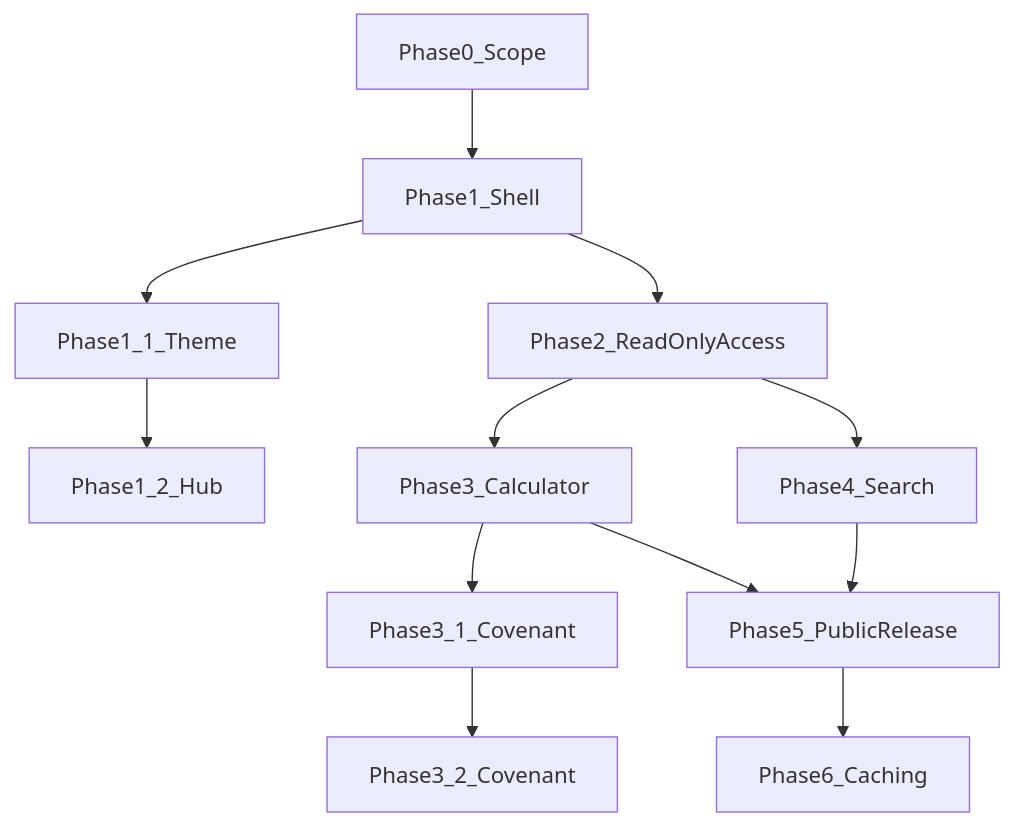
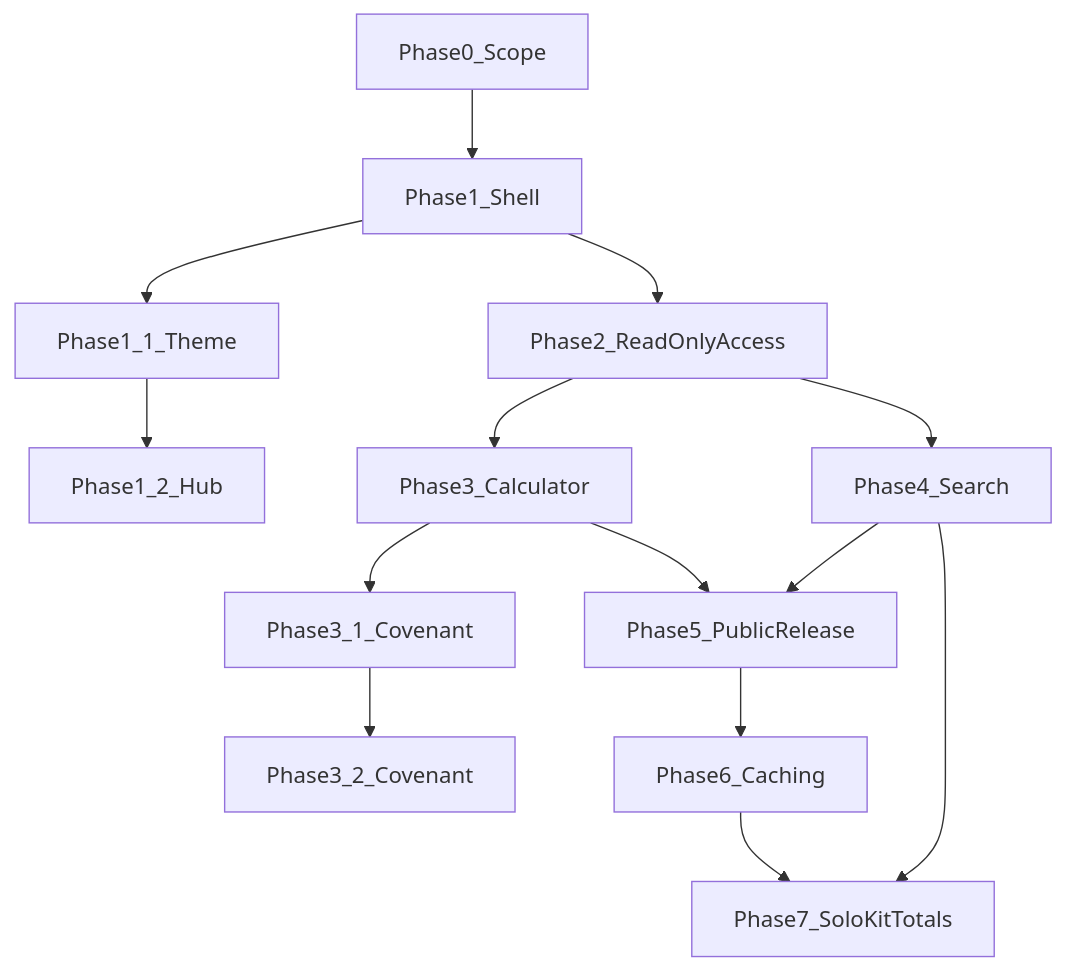
One commit to AnotherAurora/MotherTree changed the diagram in .cursor/plans/public_site_phased_plan_61f65cba.plan.md. Above: the diagram before and after it, drawn with Mermaid. The commit also changed other lines of this file and 7 other files, not shown here.

````diff
--- a/.cursor/plans/public_site_phased_plan_61f65cba.plan.md
+++ b/.cursor/plans/public_site_phased_plan_61f65cba.plan.md
@@ -67,22 +70,25 @@
 ```mermaid
 flowchart TD
   P0[Phase0_Scope]
   P1[Phase1_Shell]
   P1_1[Phase1_1_Theme]
   P1_2[Phase1_2_Hub]
   P2[Phase2_ReadOnlyAccess]
   P3[Phase3_Calculator]
   P3_1[Phase3_1_Covenant]
   P3_2[Phase3_2_Covenant]
   P4[Phase4_Search]
   P5[Phase5_PublicRelease]
   P6[Phase6_Caching]
+  P7[Phase7_SoloKitTotals]
   P0 --> P1 --> P1_1 --> P1_2
   P1 --> P2
   P2 --> P3
   P2 --> P4
   P3 --> P3_1 --> P3_2
   P3 --> P5
   P4 --> P5
   P5 --> P6
+  P4 --> P7
+  P6 --> P7
 ```
````
